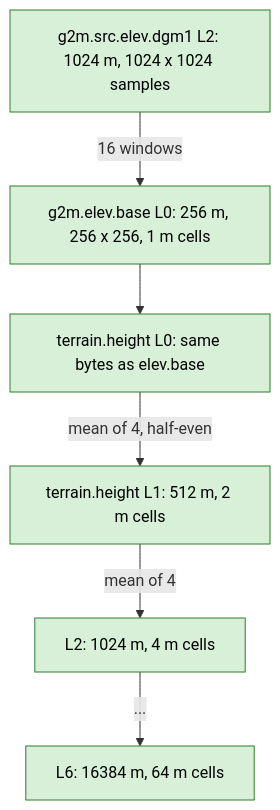
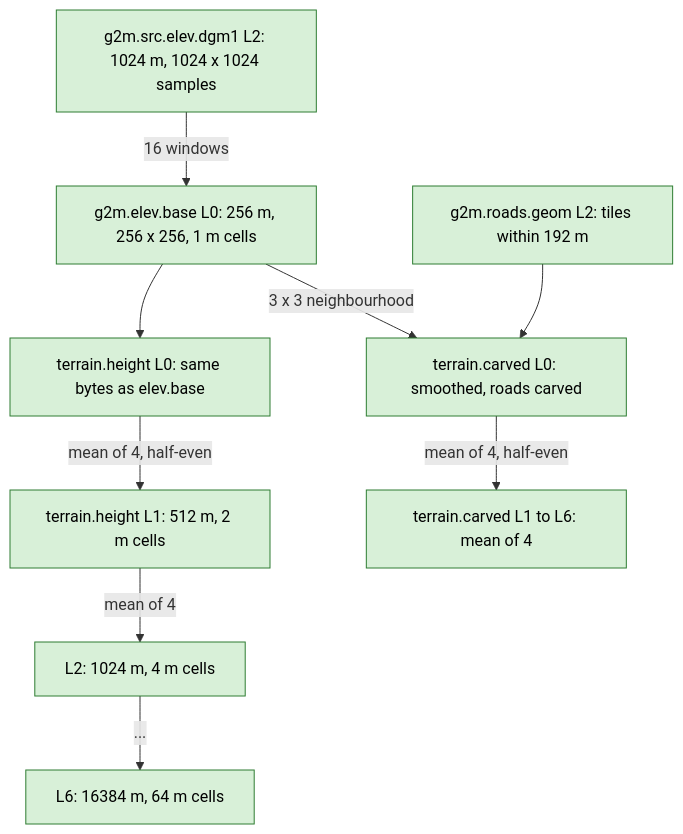
The diagram in docs/pipeline/terrain.md (SebastianDanielFrenz/geo2map_engine), drawn with Mermaid before and after one commit. The commit also changed other lines of this file and 23 other files, not shown here.

First line of the commit message:
P2 slice 9: g2m.terrain.carved L0-L6 (opt-in carved terrain layer)

````diff
--- a/docs/pipeline/terrain.md
+++ b/docs/pipeline/terrain.md
@@ -13,13 +14,19 @@
 ```mermaid
 flowchart TD
   SRC["g2m.src.elev.dgm1 L2: 1024 m, 1024 x 1024 samples"]
   EB["g2m.elev.base L0: 256 m, 256 x 256, 1 m cells"]
   L0["terrain.height L0: same bytes as elev.base"]
   L1["terrain.height L1: 512 m, 2 m cells"]
   L2["L2: 1024 m, 4 m cells"]
   L6["L6: 16384 m, 64 m cells"]
+  RG["g2m.roads.geom L2: tiles within 192 m"]
+  C0["terrain.carved L0: smoothed, roads carved"]
+  C1["terrain.carved L1 to L6: mean of 4"]
   SRC -->|"16 windows"| EB --> L0
   L0 -->|"mean of 4, half-even"| L1 -->|"mean of 4"| L2 -->|"..."| L6
+  EB -->|"3 x 3 neighbourhood"| C0
+  RG --> C0
+  C0 -->|"mean of 4, half-even"| C1
   classDef done fill:#d8f0d8,stroke:#2e7d32,color:#000;
-  class SRC,EB,L0,L1,L2,L6 done;
+  class SRC,EB,L0,L1,L2,L6,RG,C0,C1 done;
 ```
````
